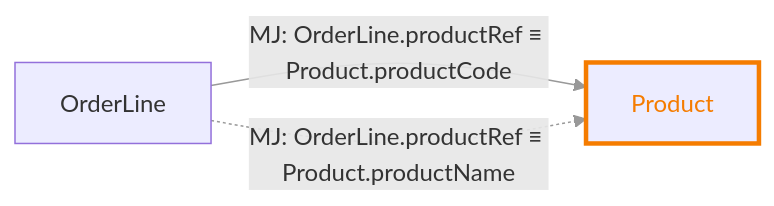
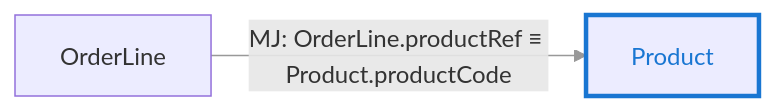
One commit to LIngcheng-zeng/classRelation changed the sixth of 9 diagrams in classRelationTestCode.md. Above: the diagram before and after it, drawn with Mermaid. The commit also changed other lines of this file and 1 other file, not shown here.

````diff
--- a/classRelationTestCode.md
+++ b/classRelationTestCode.md
@@ -79,9 +77,8 @@
 ```mermaid
 flowchart LR
     linkStyle default stroke:#999,stroke-width:1px
     OrderLine -->|"MJ: OrderLine.productRef ≡ Product.productCode"| Product:::readRel
-    OrderLine -.->|"MJ: OrderLine.productRef ≡ Product.productName"| Product:::writeRel
     classDef readRel stroke:#1976d2,stroke-width:3px,color:#1976d2
     classDef writeRel stroke:#f57c00,stroke-width:3px,color:#f57c00
     classDef inheritRel stroke:#388e3c,stroke-width:3px,color:#388e3c
 ```
````
